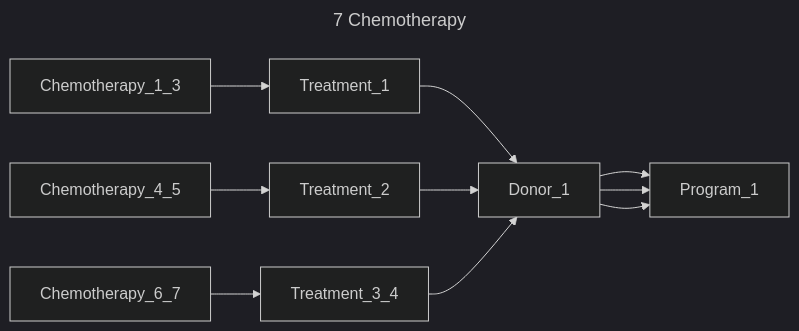
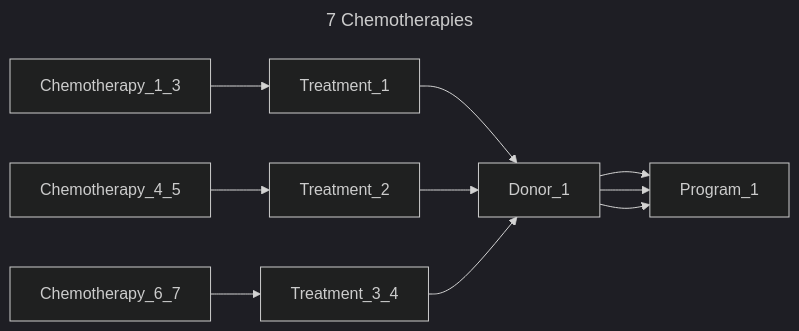
The sixth of 13 diagrams in chord_metadata_service/mohpackets/data/small_dataset/README.md (bento-platform/katsu), drawn with Mermaid (dark theme) before and after one commit. The commit also changed other lines of this file, not shown here.

````diff
--- a/chord_metadata_service/mohpackets/data/small_dataset/README.md
+++ b/chord_metadata_service/mohpackets/data/small_dataset/README.md
@@ -183,9 +88,9 @@
 ```mermaid
 ---
-title: 7 Chemotherapy
+title: 7 Chemotherapies
 ---
 graph LR;  
   Chemotherapy_1_3 --> Treatment_1 --> Donor_1 --> Program_1;  
   Chemotherapy_4_5 --> Treatment_2 --> Donor_1 --> Program_1;  
   Chemotherapy_6_7 --> Treatment_3_4 --> Donor_1 --> Program_1;
 ```
````
